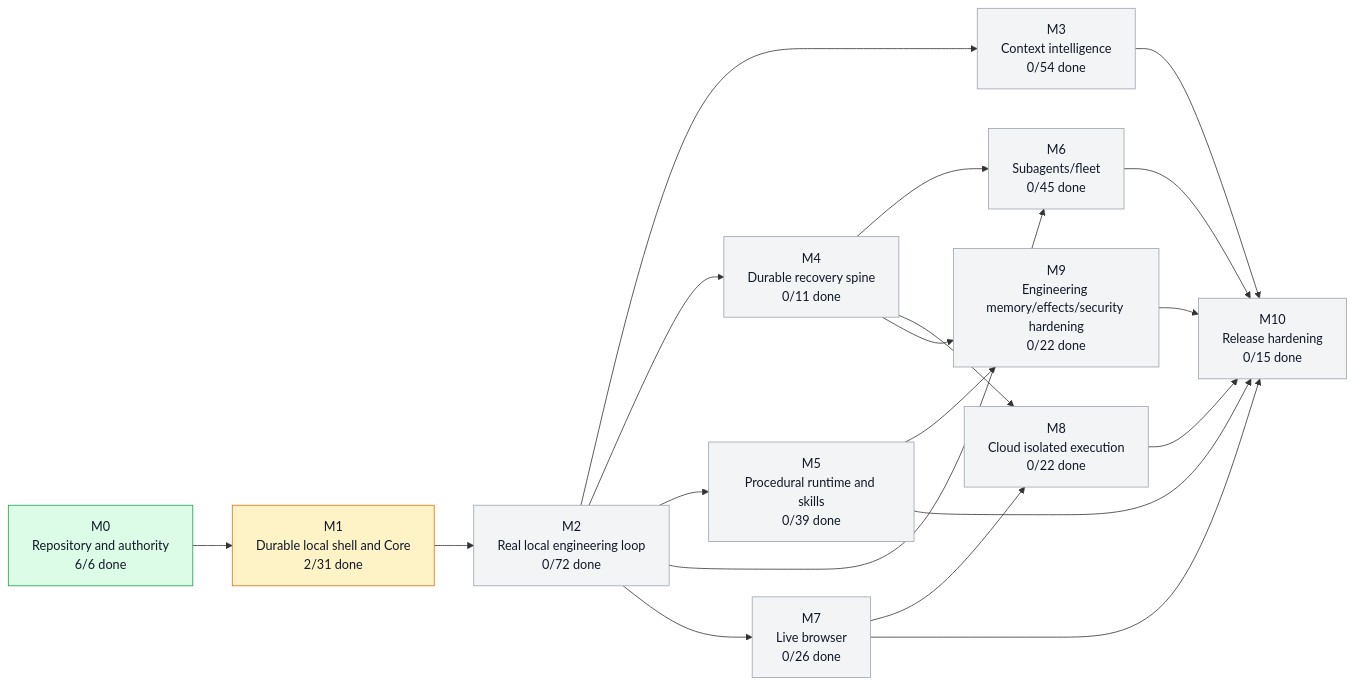
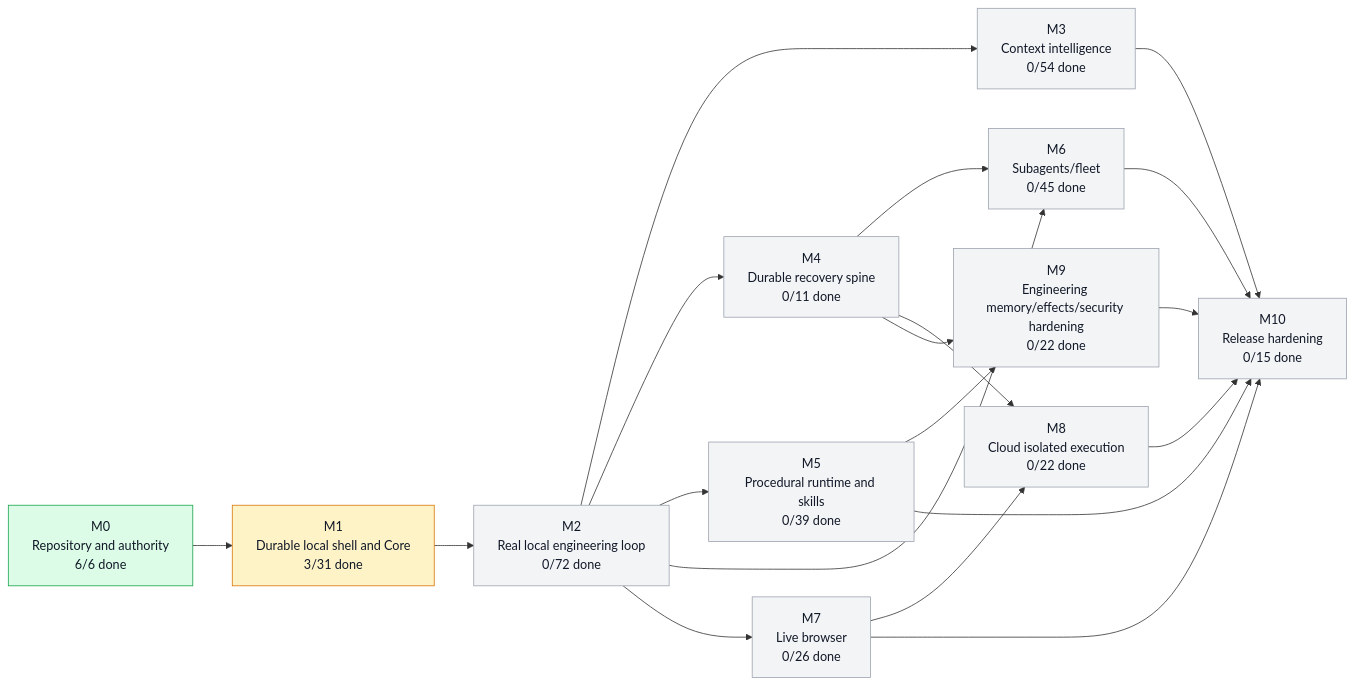
The first of 3 diagrams in graph/PROJECT_GRAPH.md (moss101/zmodbit), drawn with Mermaid before and after one commit. The commit also changed other lines of this file and 3 other files, not shown here.

````diff
--- a/graph/PROJECT_GRAPH.md
+++ b/graph/PROJECT_GRAPH.md
@@ -43,43 +43,43 @@
 ```mermaid
 flowchart LR
   M0["M0<br/>Repository and authority<br/>6/6 done"]
-  M1["M1<br/>Durable local shell and Core<br/>2/31 done"]
+  M1["M1<br/>Durable local shell and Core<br/>3/31 done"]
   M2["M2<br/>Real local engineering loop<br/>0/72 done"]
   M3["M3<br/>Context intelligence<br/>0/54 done"]
   M4["M4<br/>Durable recovery spine<br/>0/11 done"]
   M5["M5<br/>Procedural runtime and skills<br/>0/39 done"]
   M6["M6<br/>Subagents/fleet<br/>0/45 done"]
   M7["M7<br/>Live browser<br/>0/26 done"]
   M8["M8<br/>Cloud isolated execution<br/>0/22 done"]
   M9["M9<br/>Engineering memory/effects/security hardening<br/>0/22 done"]
   M10["M10<br/>Release hardening<br/>0/15 done"]
   M0 --> M1
   M1 --> M2
   M2 --> M3
   M2 --> M4
   M2 --> M5
   M2 --> M6
   M4 --> M6
   M2 --> M7
   M4 --> M8
   M7 --> M8
   M4 --> M9
   M5 --> M9
   M3 --> M10
   M5 --> M10
   M6 --> M10
   M7 --> M10
   M8 --> M10
   M9 --> M10
   style M0 fill:#dcfce7,stroke:#16a34a,color:#111827
   style M1 fill:#fef3c7,stroke:#d97706,color:#111827
   style M2 fill:#f3f4f6,stroke:#9ca3af,color:#111827
   style M3 fill:#f3f4f6,stroke:#9ca3af,color:#111827
   style M4 fill:#f3f4f6,stroke:#9ca3af,color:#111827
   style M5 fill:#f3f4f6,stroke:#9ca3af,color:#111827
   style M6 fill:#f3f4f6,stroke:#9ca3af,color:#111827
   style M7 fill:#f3f4f6,stroke:#9ca3af,color:#111827
   style M8 fill:#f3f4f6,stroke:#9ca3af,color:#111827
   style M9 fill:#f3f4f6,stroke:#9ca3af,color:#111827
   style M10 fill:#f3f4f6,stroke:#9ca3af,color:#111827
 ```
````
